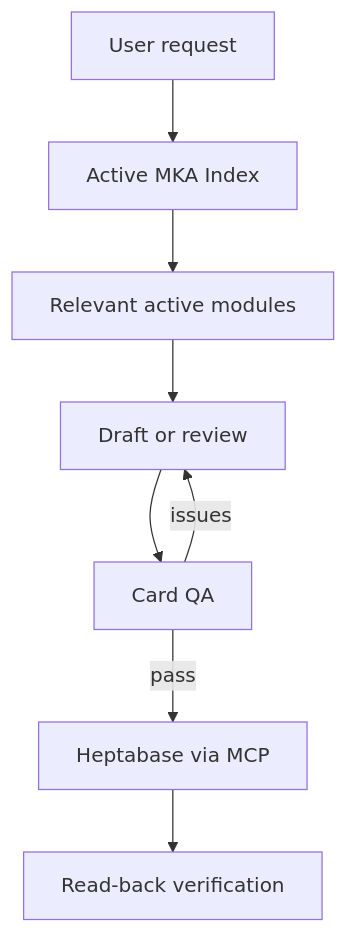
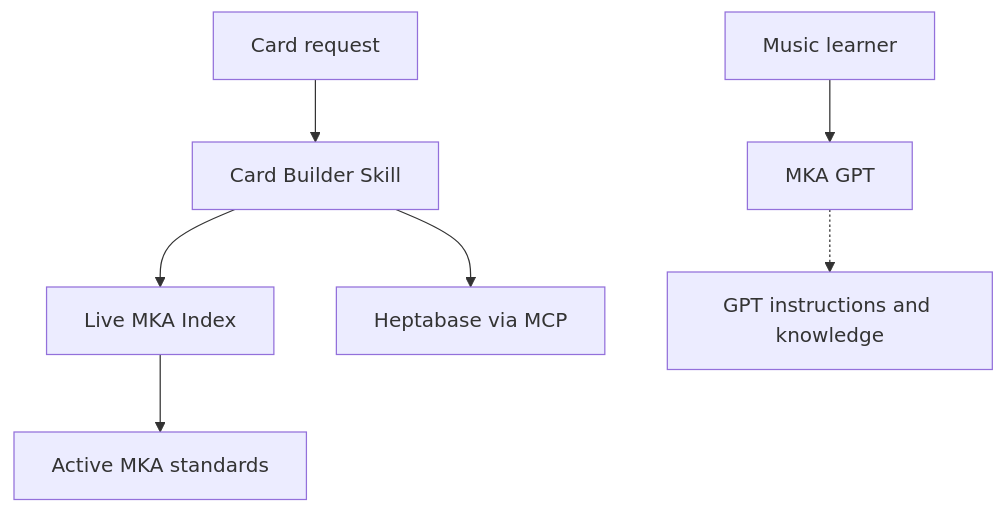
One commit to QLisa/mka-ai-agent-demo changed the diagram in README.md. Above: the diagram before and after it, drawn with Mermaid. The commit also changed other lines of this file and 7 other files, not shown here.

````diff
--- a/README.md
+++ b/README.md
@@ -28,10 +34,9 @@
 ```mermaid
 flowchart TD
-    U["User request"] --> I["Active MKA Index"]
-    I --> R["Relevant active modules"]
-    R --> D["Draft or review"]
-    D --> Q["Card QA"]
-    Q -->|pass| H["Heptabase via MCP"]
-    Q -->|issues| D
-    H --> V["Read-back verification"]
+    U["Card request"] --> S["Card Builder Skill"]
+    S --> I["Live MKA Index"]
+    I --> R["Active MKA standards"]
+    S --> H["Heptabase via MCP"]
+    G["Music learner"] --> P["MKA GPT"]
+    P -.-> K["GPT instructions and knowledge"]
 ```
````
